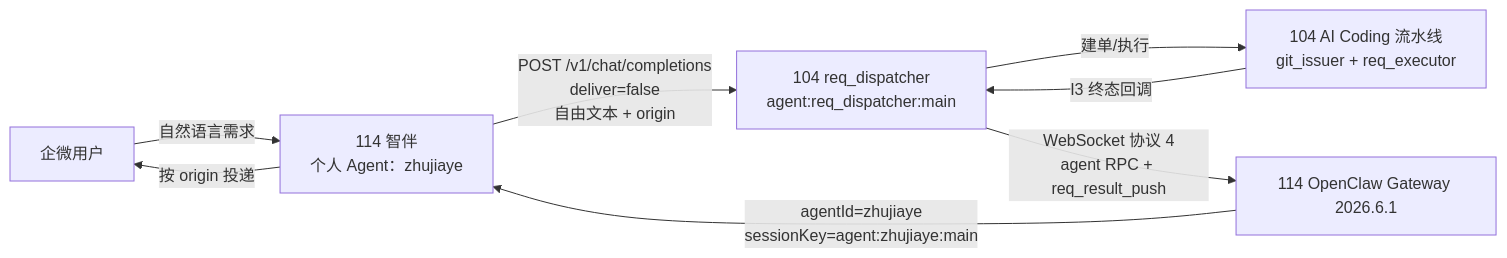
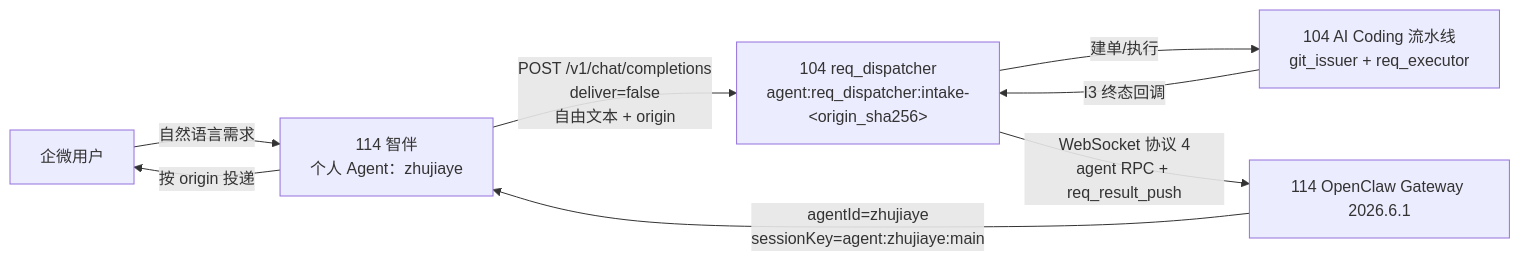
One commit to YCyberNexus/MyOpenClawAgents changed the first of 2 diagrams in docs/blue-zone-infrastructure/openclaw-104-114-communication-contract.md. Above: the diagram before and after it, drawn with Mermaid. The commit also changed other lines of this file and 8 other files, not shown here.

First line of the commit message:
隔离 req_dispatcher 智伴入口会话

````diff
--- a/docs/blue-zone-infrastructure/openclaw-104-114-communication-contract.md
+++ b/docs/blue-zone-infrastructure/openclaw-104-114-communication-contract.md
@@ -34,10 +37,10 @@
 ```mermaid
 flowchart LR
     U["企微用户"] -->|"自然语言需求"| Z["114 智伴<br/>个人 Agent：zhujiaye"]
-    Z -->|"POST /v1/chat/completions<br/>deliver=false<br/>自由文本 + origin"| D["104 req_dispatcher<br/>agent:req_dispatcher:main"]
+    Z -->|"POST /v1/chat/completions<br/>deliver=false<br/>自由文本 + origin"| D["104 req_dispatcher<br/>agent:req_dispatcher:intake-&lt;origin_sha256&gt;"]
     D -->|"建单/执行"| P["104 AI Coding 流水线<br/>git_issuer + req_executor"]
     P -->|"I3 终态回调"| D
     D -->|"WebSocket 协议 4<br/>agent RPC + req_result_push"| G["114 OpenClaw Gateway 2026.6.1"]
     G -->|"agentId=zhujiaye<br/>sessionKey=agent:zhujiaye:main"| Z
     Z -->|"按 origin 投递"| U
 ```
````
